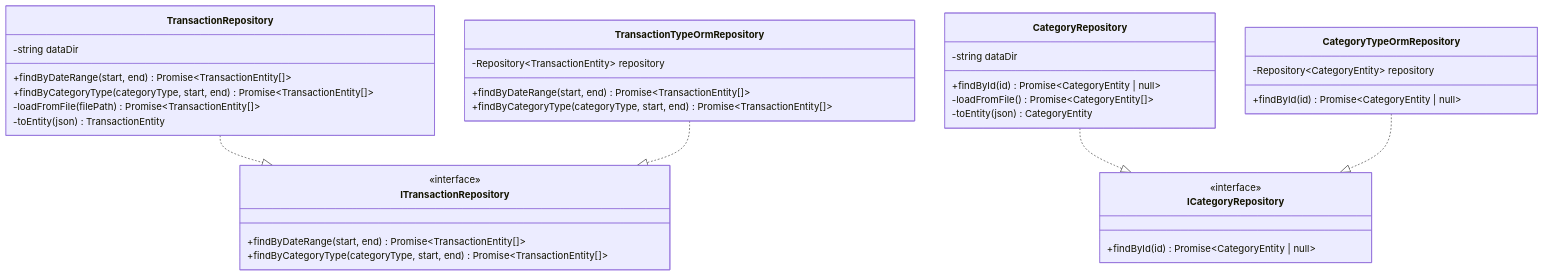
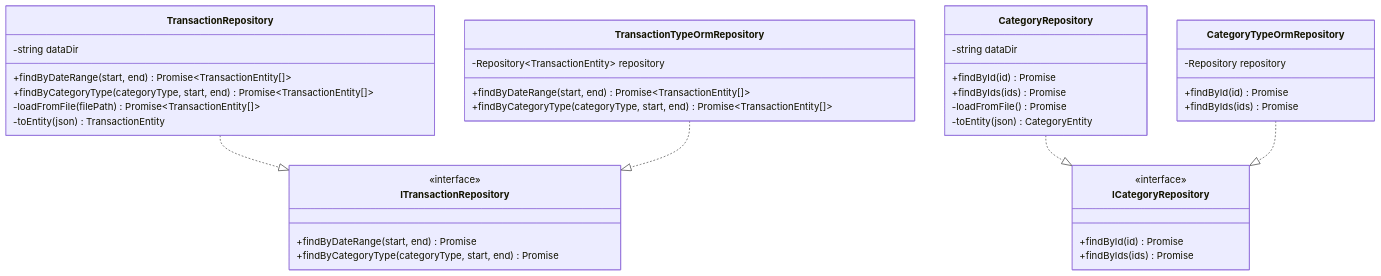
The third of 4 diagrams in docs/detailed-design/FR-018_category-aggregation/class-diagrams.md (kencom2400/account-book), drawn with Mermaid before and after one commit. The commit also changed other lines of this file, not shown here.

Commit message:
docs: Gemini指摘対応 - Infrastructure層のクラス図にfindByIdsメソッドを追加
CategoryRepositoryとCategoryTypeOrmRepositoryにfindByIdsメソッドを追加。
クラス説明も更新してN+1問題対策であることを明記。

Issue: #47

````diff
--- a/docs/detailed-design/FR-018_category-aggregation/class-diagrams.md
+++ b/docs/detailed-design/FR-018_category-aggregation/class-diagrams.md
@@ -274,44 +274,47 @@
 ```mermaid
 classDiagram
     class TransactionRepository {
         -string dataDir
         +findByDateRange(start, end) Promise~TransactionEntity[]~
         +findByCategoryType(categoryType, start, end) Promise~TransactionEntity[]~
         -loadFromFile(filePath) Promise~TransactionEntity[]~
         -toEntity(json) TransactionEntity
     }
 
     class TransactionTypeOrmRepository {
         -Repository~TransactionEntity~ repository
         +findByDateRange(start, end) Promise~TransactionEntity[]~
         +findByCategoryType(categoryType, start, end) Promise~TransactionEntity[]~
     }
 
     class CategoryRepository {
         -string dataDir
-        +findById(id) Promise~CategoryEntity | null~
-        -loadFromFile() Promise~CategoryEntity[]~
+        +findById(id) Promise<CategoryEntity | null>
+        +findByIds(ids) Promise<CategoryEntity[]>
+        -loadFromFile() Promise<CategoryEntity[]>
         -toEntity(json) CategoryEntity
     }
 
     class CategoryTypeOrmRepository {
-        -Repository~CategoryEntity~ repository
-        +findById(id) Promise~CategoryEntity | null~
+        -Repository<CategoryEntity> repository
+        +findById(id) Promise<CategoryEntity | null>
+        +findByIds(ids) Promise<CategoryEntity[]>
     }
 
     class ITransactionRepository {
         <<interface>>
-        +findByDateRange(start, end) Promise~TransactionEntity[]~
-        +findByCategoryType(categoryType, start, end) Promise~TransactionEntity[]~
+        +findByDateRange(start, end) Promise<TransactionEntity[]>
+        +findByCategoryType(categoryType, start, end) Promise<TransactionEntity[]>
     }
 
     class ICategoryRepository {
         <<interface>>
-        +findById(id) Promise~CategoryEntity | null~
+        +findById(id) Promise<CategoryEntity | null>
+        +findByIds(ids) Promise<CategoryEntity[]>
     }
 
     TransactionRepository ..|> ITransactionRepository
     TransactionTypeOrmRepository ..|> ITransactionRepository
     CategoryRepository ..|> ICategoryRepository
     CategoryTypeOrmRepository ..|> ICategoryRepository
 ```
````
